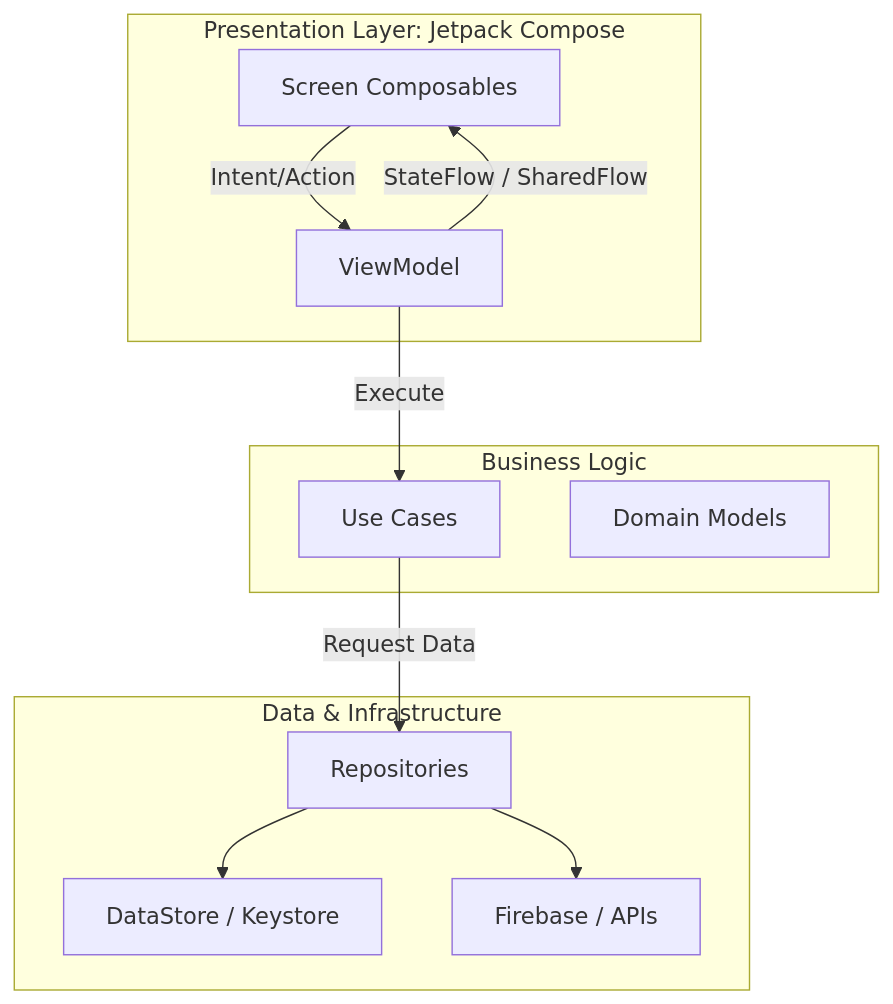
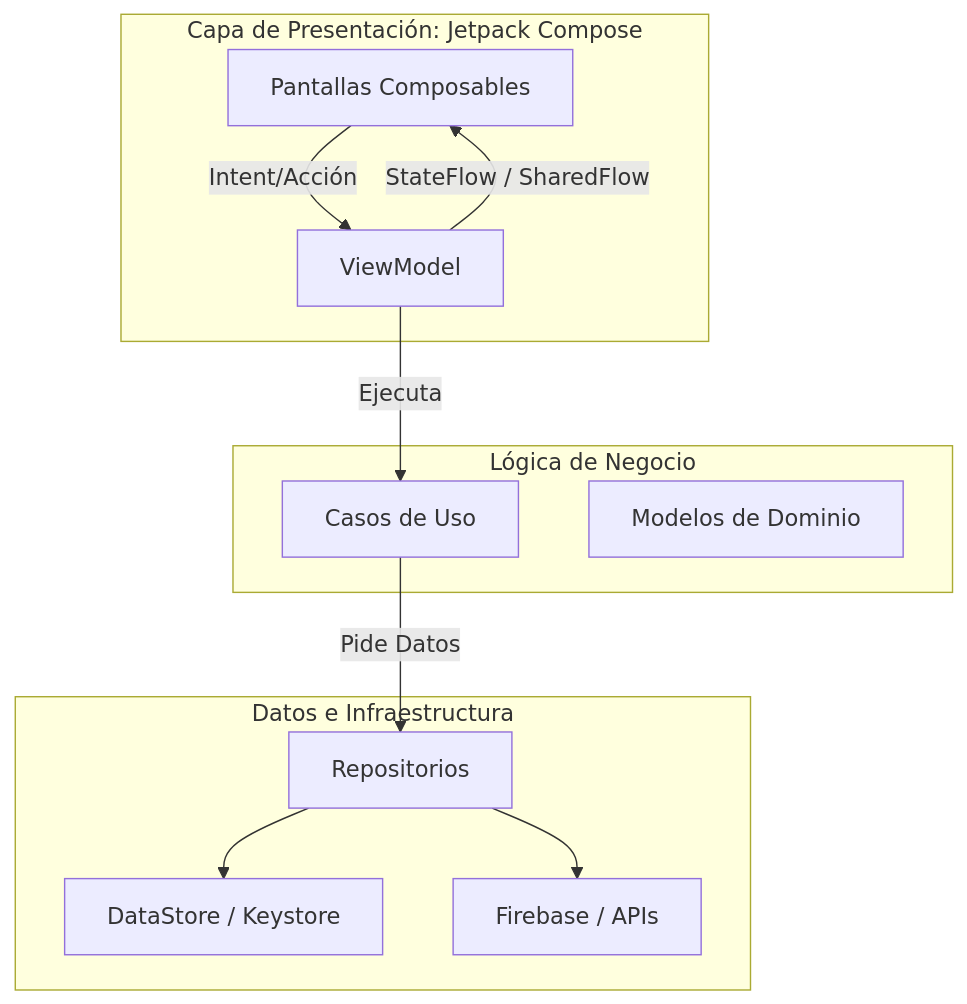
Before and after one commit to Azelmods677/NexusChat: the first of 4 diagrams in README.md, drawn with Mermaid. The commit also changed other lines of this file, not shown here.

````diff
--- a/README.md
+++ b/README.md
@@ -79,25 +78,25 @@
 ```mermaid
 graph TD
-    subgraph UI Layer [Presentation Layer: Jetpack Compose]
-        Screen[Screen Composables]
+    subgraph UI Layer [Capa de Presentación: Jetpack Compose]
+        Screen[Pantallas Composables]
         VM[ViewModel]
     end
 
-    subgraph Domain Layer [Business Logic]
-        UseCase[Use Cases]
-        Model[Domain Models]
+    subgraph Domain Layer [Lógica de Negocio]
+        UseCase[Casos de Uso]
+        Model[Modelos de Dominio]
     end
 
-    subgraph Data Layer [Data & Infrastructure]
-        Repo[Repositories]
+    subgraph Data Layer [Datos e Infraestructura]
+        Repo[Repositorios]
         Local[DataStore / Keystore]
         Remote[Firebase / APIs]
     end
 
-    Screen -->|Intent/Action| VM
+    Screen -->|Intent/Acción| VM
     VM -->|StateFlow / SharedFlow| Screen
-    VM -->|Execute| UseCase
-    UseCase -->|Request Data| Repo
+    VM -->|Ejecuta| UseCase
+    UseCase -->|Pide Datos| Repo
     Repo --> Local
     Repo --> Remote
 ```
````
